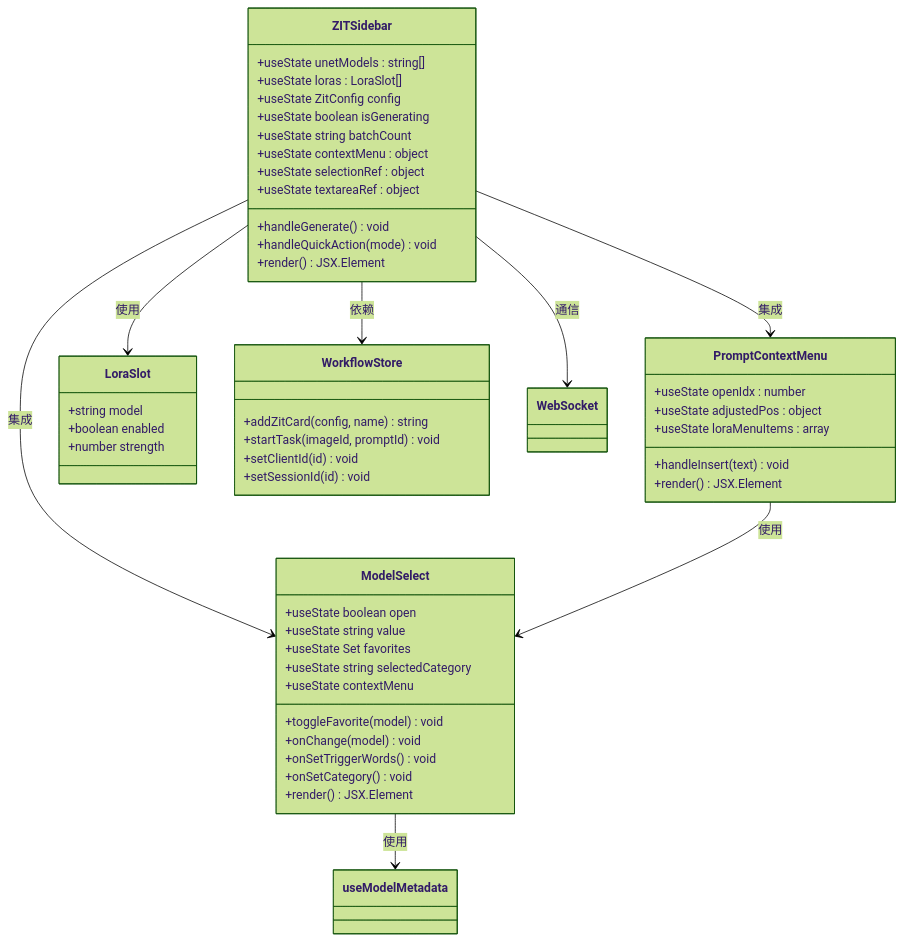
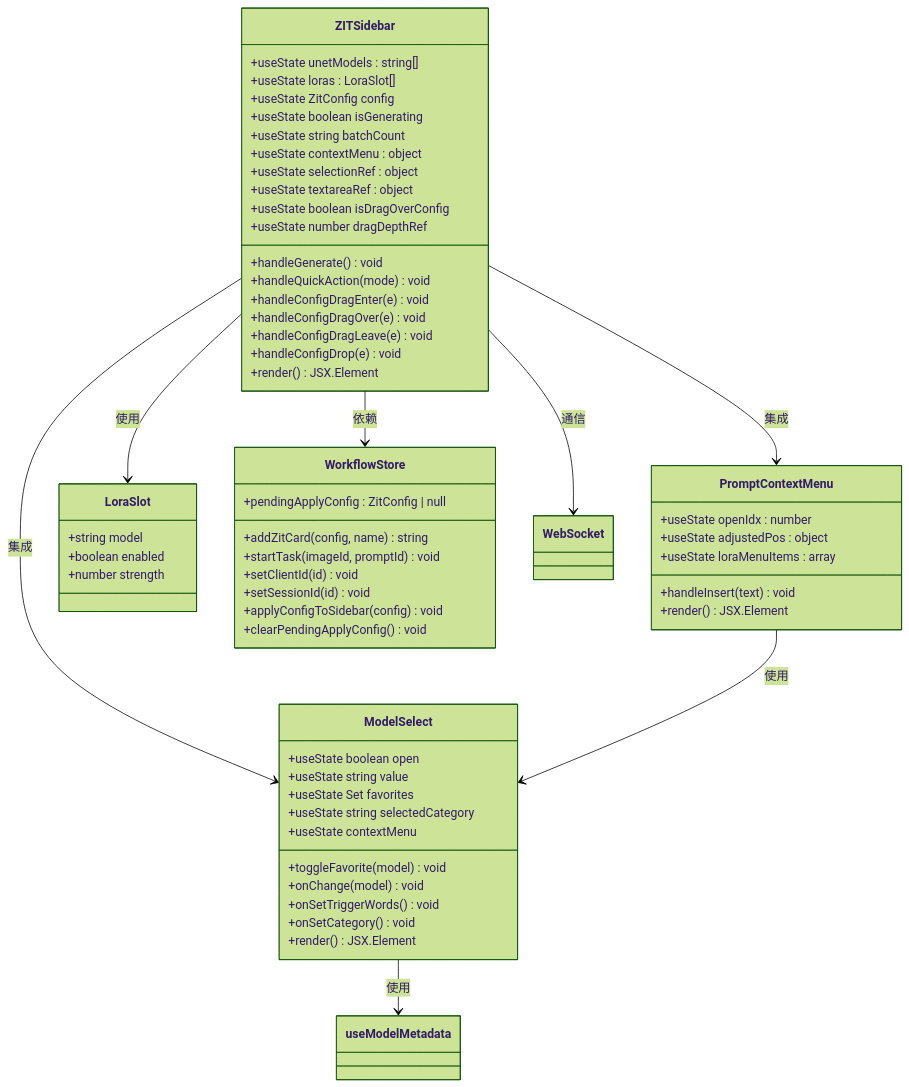
The third of 17 diagrams in .qoder/repowiki/zh/content/用户界面组件/控制面板组件/ZIT快出侧边栏.md (billye220670/CorineKit_Pix2Real), drawn with Mermaid (forest theme) before and after one commit. The commit also changed other lines of this file and 73 other files, not shown here.

````diff
--- a/.qoder/repowiki/zh/content/用户界面组件/控制面板组件/ZIT快出侧边栏.md
+++ b/.qoder/repowiki/zh/content/用户界面组件/控制面板组件/ZIT快出侧边栏.md
@@ -304,53 +399,62 @@
 ```mermaid
 classDiagram
 class ZITSidebar {
 +useState unetModels : string[]
 +useState loras : LoraSlot[]
 +useState ZitConfig config
 +useState boolean isGenerating
 +useState string batchCount
 +useState contextMenu : object
 +useState selectionRef : object
 +useState textareaRef : object
++useState boolean isDragOverConfig
++useState number dragDepthRef
 +handleGenerate() void
 +handleQuickAction(mode) void
++handleConfigDragEnter(e) void
++handleConfigDragOver(e) void
++handleConfigDragLeave(e) void
++handleConfigDrop(e) void
 +render() JSX.Element
 }
 class PromptContextMenu {
 +useState openIdx : number
 +useState adjustedPos : object
 +useState loraMenuItems : array
 +handleInsert(text) void
 +render() JSX.Element
 }
 class ModelSelect {
 +useState boolean open
 +useState string value
 +useState Set favorites
 +useState string selectedCategory
 +useState contextMenu
 +toggleFavorite(model) void
 +onChange(model) void
 +onSetTriggerWords() void
 +onSetCategory() void
 +render() JSX.Element
 }
 class LoraSlot {
 +string model
 +boolean enabled
 +number strength
 }
 class WorkflowStore {
 +addZitCard(config, name) string
 +startTask(imageId, promptId) void
 +setClientId(id) void
 +setSessionId(id) void
++pendingApplyConfig : ZitConfig | null
++applyConfigToSidebar(config) void
++clearPendingApplyConfig() void
 }
 ZITSidebar --> PromptContextMenu : 集成
 ZITSidebar --> ModelSelect : 集成
 ZITSidebar --> LoraSlot : 使用
 ZITSidebar --> WorkflowStore : 依赖
 ZITSidebar --> WebSocket : 通信
 PromptContextMenu --> ModelSelect : 使用
 ModelSelect --> useModelMetadata : 使用
 ```
````
